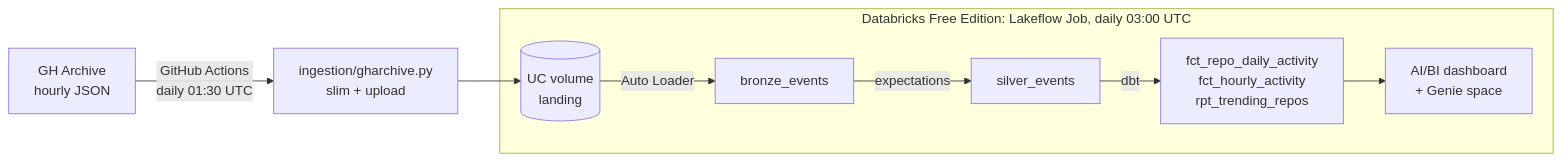
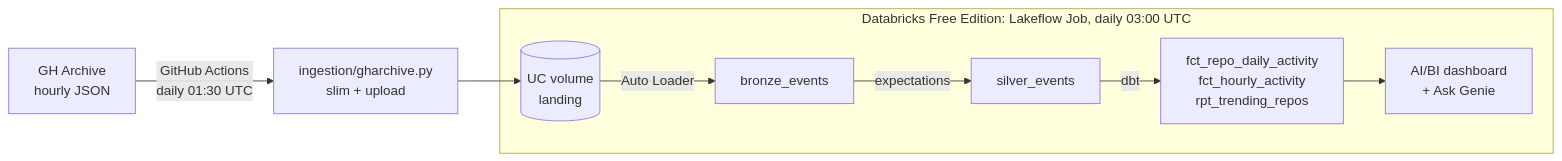
One commit to leon2378/github-archive-e2e-pipeline changed the diagram in README.md. Above: the diagram before and after it, drawn with Mermaid. The commit also changed other lines of this file and 2 other files, not shown here.

First line of the commit message:
Add GitHub Archive Pulse AI/BI dashboard as a bundle resource

````diff
--- a/README.md
+++ b/README.md
@@ -8,11 +8,11 @@
 ```mermaid
 flowchart LR
     GHA["GH Archive<br/>hourly JSON"] -->|"GitHub Actions<br/>daily 01:30 UTC"| ING["ingestion/gharchive.py<br/>slim + upload"]
     ING --> VOL[("UC volume<br/>landing")]
     subgraph DBX["Databricks Free Edition: Lakeflow Job, daily 03:00 UTC"]
         VOL -->|Auto Loader| BR["bronze_events"]
         BR -->|"expectations"| SI["silver_events"]
         SI -->|dbt| GOLD["fct_repo_daily_activity<br/>fct_hourly_activity<br/>rpt_trending_repos"]
-        GOLD --> DASH["AI/BI dashboard<br/>+ Genie space"]
+        GOLD --> DASH["AI/BI dashboard<br/>+ Ask Genie"]
     end
 ```
````
